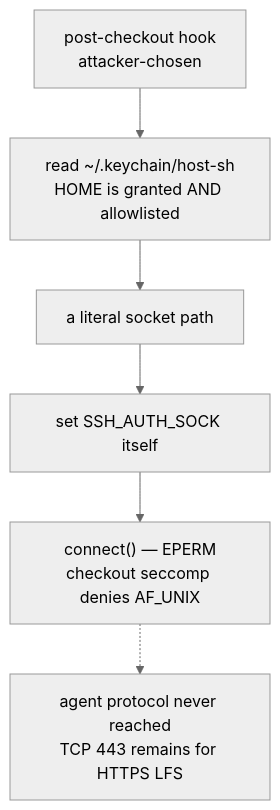
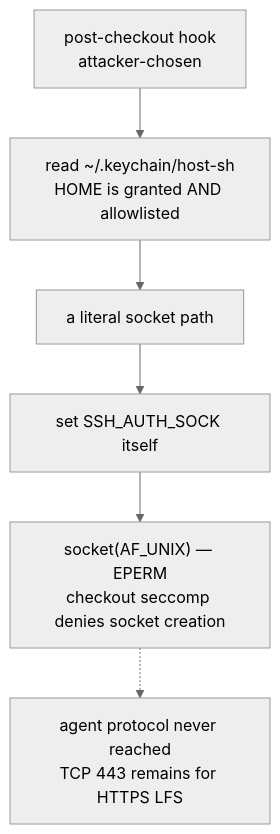
Before and after one commit to tom2025b/git-vista: the seventh of 7 diagrams in docs/adr/0137-an-untrusted-checkout-inherits-an-allowlist.md, drawn with Mermaid (neutral theme). The commit also changed other lines of this file and 2 other files, not shown here.

Commit message:
docs: align checkout AF_UNIX record

````diff
--- a/docs/adr/0137-an-untrusted-checkout-inherits-an-allowlist.md
+++ b/docs/adr/0137-an-untrusted-checkout-inherits-an-allowlist.md
@@ -394,8 +402,8 @@
 ```mermaid
 flowchart TD
   H["post-checkout hook<br/>attacker-chosen"] --> R["read ~/.keychain/host-sh<br/>HOME is granted AND allowlisted"]
   R --> P["a literal socket path"]
   P --> S["set SSH_AUTH_SOCK itself"]
-  S --> C["connect() — EPERM<br/>checkout seccomp denies AF_UNIX"]
+  S --> C["socket(AF_UNIX) — EPERM<br/>checkout seccomp denies socket creation"]
   C -.-> X["agent protocol never reached<br/>TCP 443 remains for HTTPS LFS"]
 ```
````
